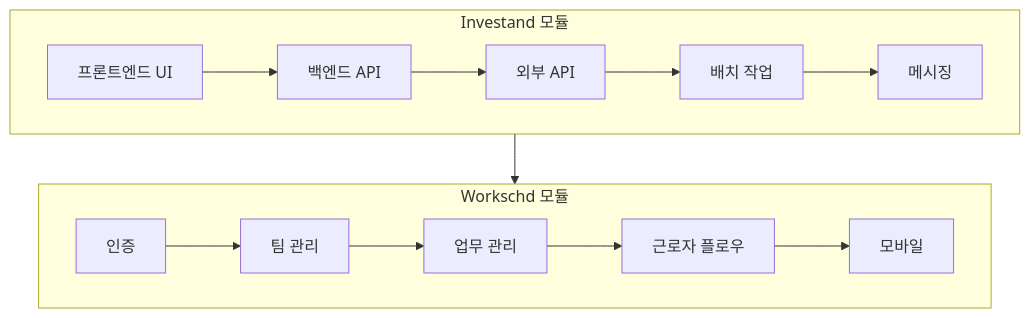
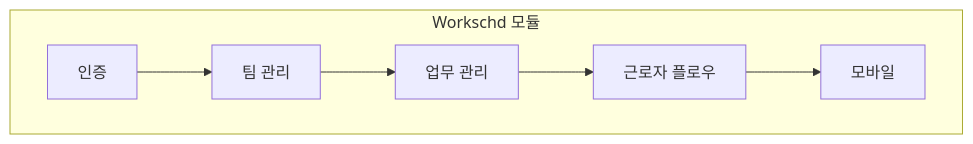
Before and after one commit to minssan9/voyagerss: the diagram in meta/docs/test/integration-test-plan.md, drawn with Mermaid. The commit also changed other lines of this file and 397 other files, not shown here.

````diff
--- a/meta/docs/test/integration-test-plan.md
+++ b/meta/docs/test/integration-test-plan.md
@@ -24,20 +23,10 @@
 ```mermaid
 flowchart TB
-    subgraph Investand["Investand 모듈"]
-        direction LR
-        I1[프론트엔드 UI] --> I2[백엔드 API]
-        I2 --> I3[외부 API]
-        I3 --> I4[배치 작업]
-        I4 --> I5[메시징]
-    end
-
     subgraph Workschd["Workschd 모듈"]
         direction LR
         W1[인증] --> W2[팀 관리]
         W2 --> W3[업무 관리]
         W3 --> W4[근로자 플로우]
         W4 --> W5[모바일]
     end
-
-    Investand --> Workschd
 ```
````
